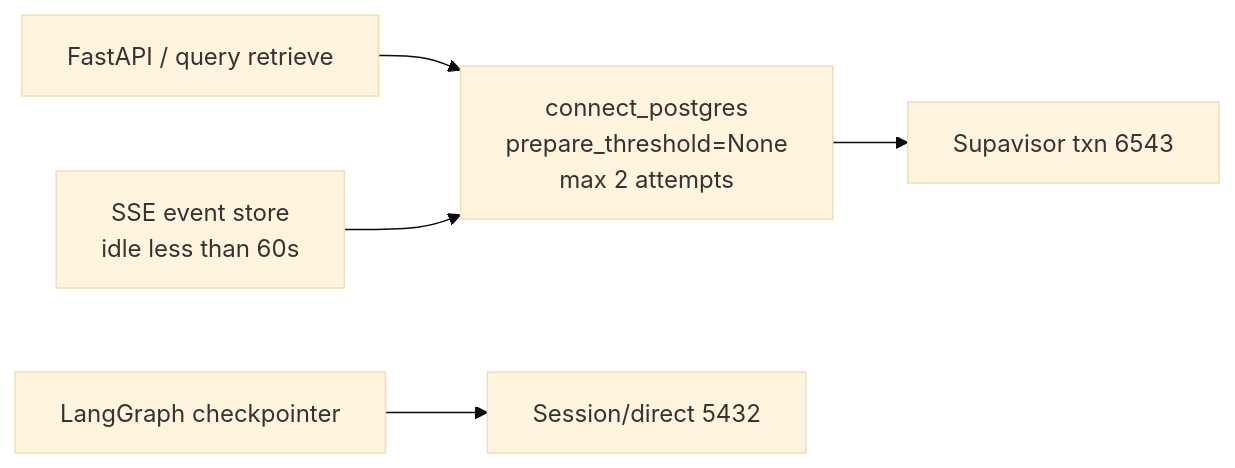
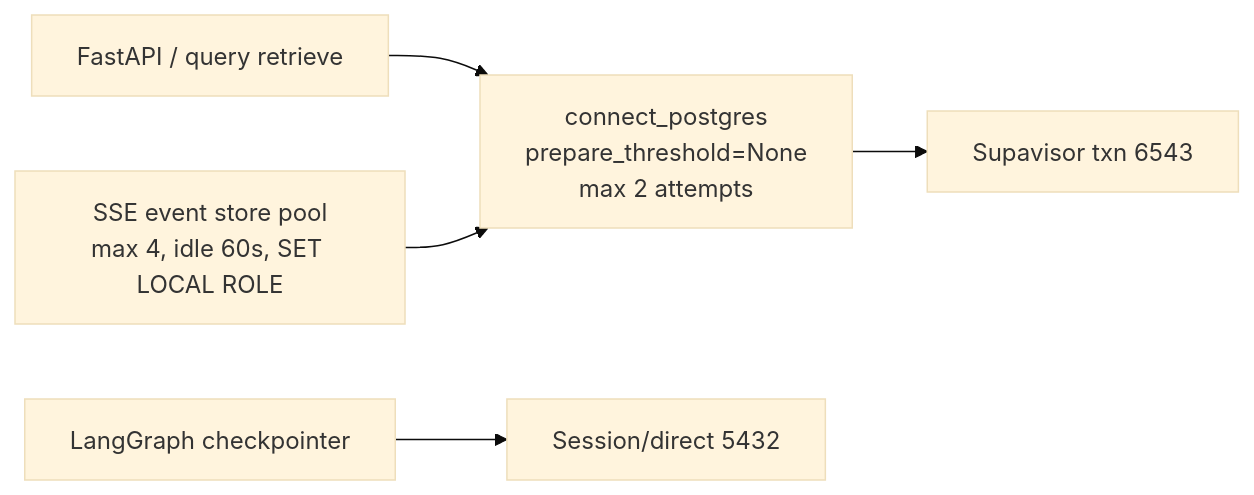
The second of 2 diagrams in docs/architecture/05-database-connections.md (Nagdy8888/smart-rag), drawn with Mermaid (base theme) before and after one commit. The commit also changed other lines of this file and 7 other files, not shown here.

Commit message:
perf(sse): pooled event-store sessions with transaction-scoped role (L2)

````diff
--- a/docs/architecture/05-database-connections.md
+++ b/docs/architecture/05-database-connections.md
@@ -117,7 +123,7 @@
 ```mermaid
 flowchart LR
   api["FastAPI / query retrieve"] --> helper["connect_postgres\nprepare_threshold=None\nmax 2 attempts"]
   helper --> pooler["Supavisor txn 6543"]
-  sse["SSE event store\nidle less than 60s"] --> helper
+  sse["SSE event store pool\nmax 4, idle 60s, SET LOCAL ROLE"] --> helper
   checkpointer["LangGraph checkpointer"] --> session["Session/direct 5432"]
 ```
````
